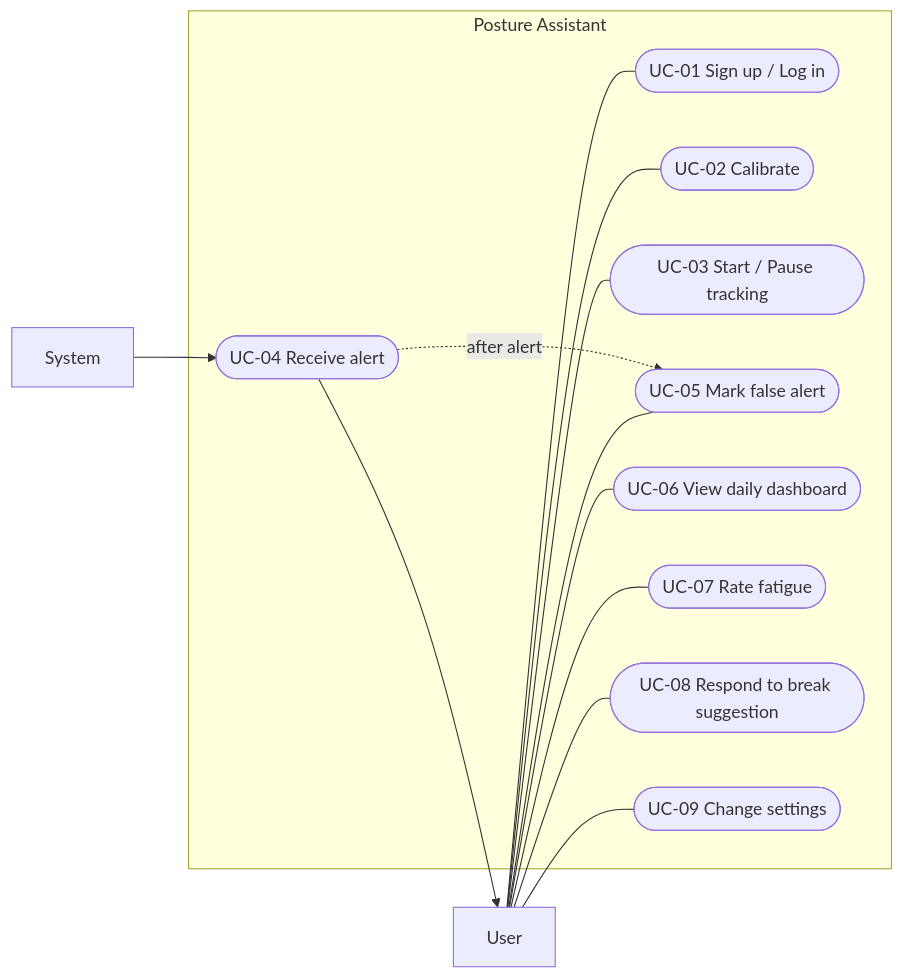
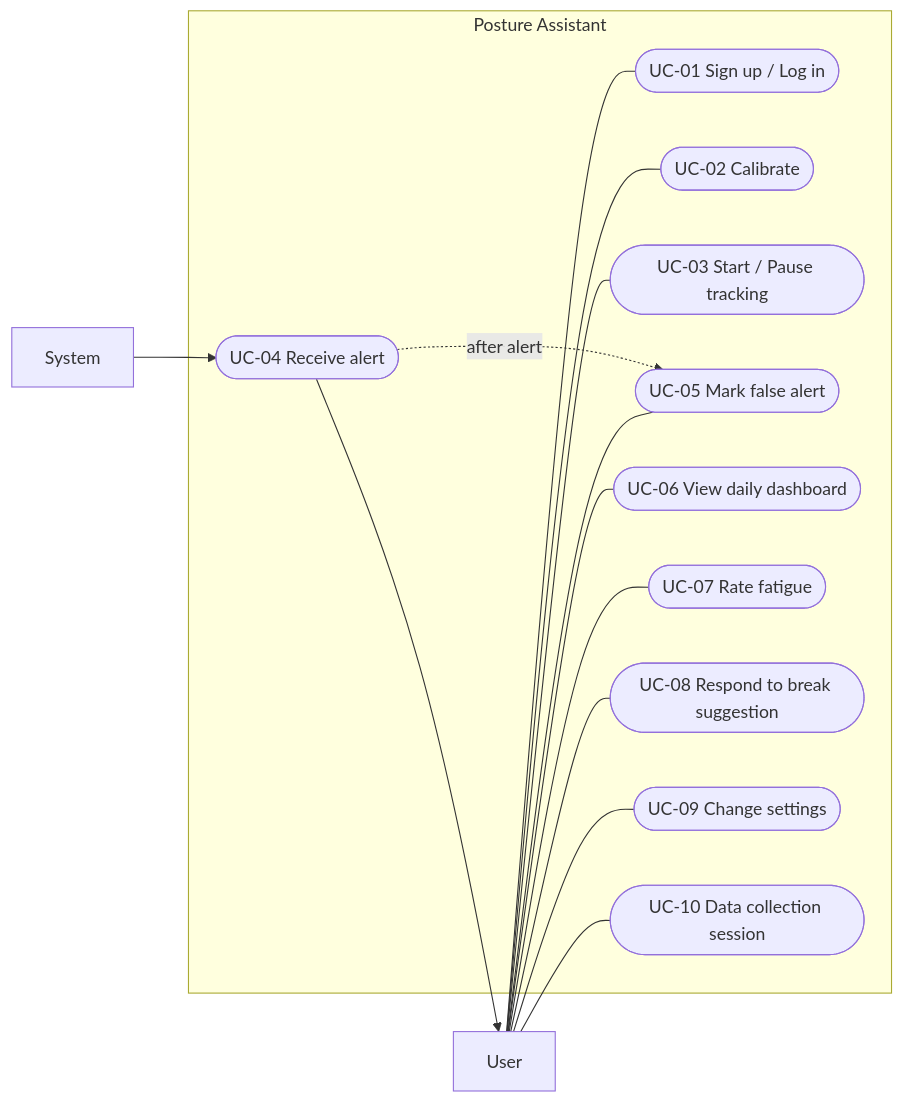
One commit to busedemirbass/sitwise changed the diagram in docs/uml/usecase.md. Above: the diagram before and after it, drawn with Mermaid. The commit also changed other lines of this file, not shown here.

Commit message:
docs: add data collection use case (SW-012)

````diff
--- a/docs/uml/usecase.md
+++ b/docs/uml/usecase.md
@@ -7,32 +7,34 @@
 ```mermaid
 flowchart LR
     User["User"]
 
     subgraph App["Posture Assistant"]
         UC01(["UC-01 Sign up / Log in"])
         UC02(["UC-02 Calibrate"])
         UC03(["UC-03 Start / Pause tracking"])
         UC04(["UC-04 Receive alert"])
         UC05(["UC-05 Mark false alert"])
         UC06(["UC-06 View daily dashboard"])
         UC07(["UC-07 Rate fatigue"])
         UC08(["UC-08 Respond to break suggestion"])
         UC09(["UC-09 Change settings"])
+        UC10(["UC-10 Data collection session"])
     end
 
     System["System"]
 
     User --- UC01
     User --- UC02
     User --- UC03
     User --- UC05
     User --- UC06
     User --- UC07
     User --- UC08
     User --- UC09
+    User --- UC10
 
     System --> UC04
     UC04 --> User
 
     UC04 -.->|after alert| UC05
 ```
````
